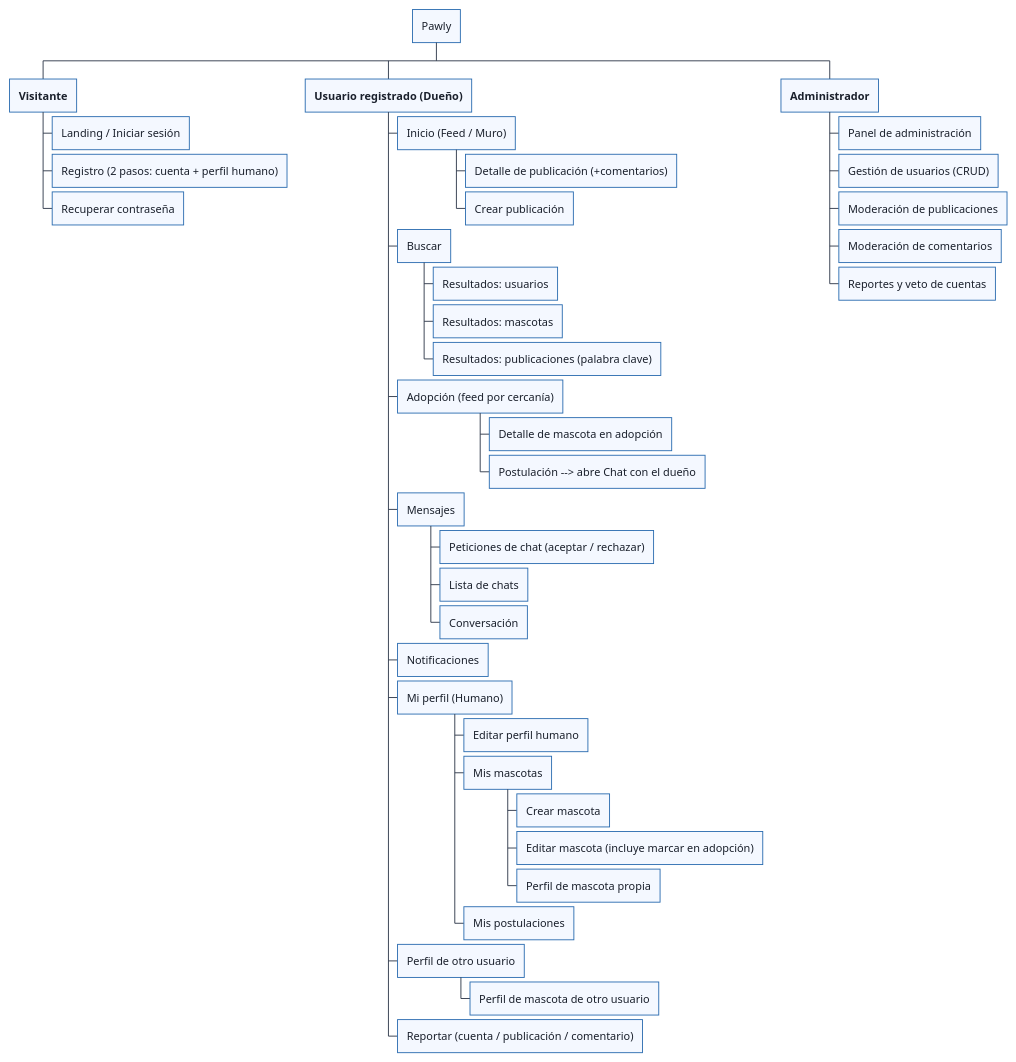
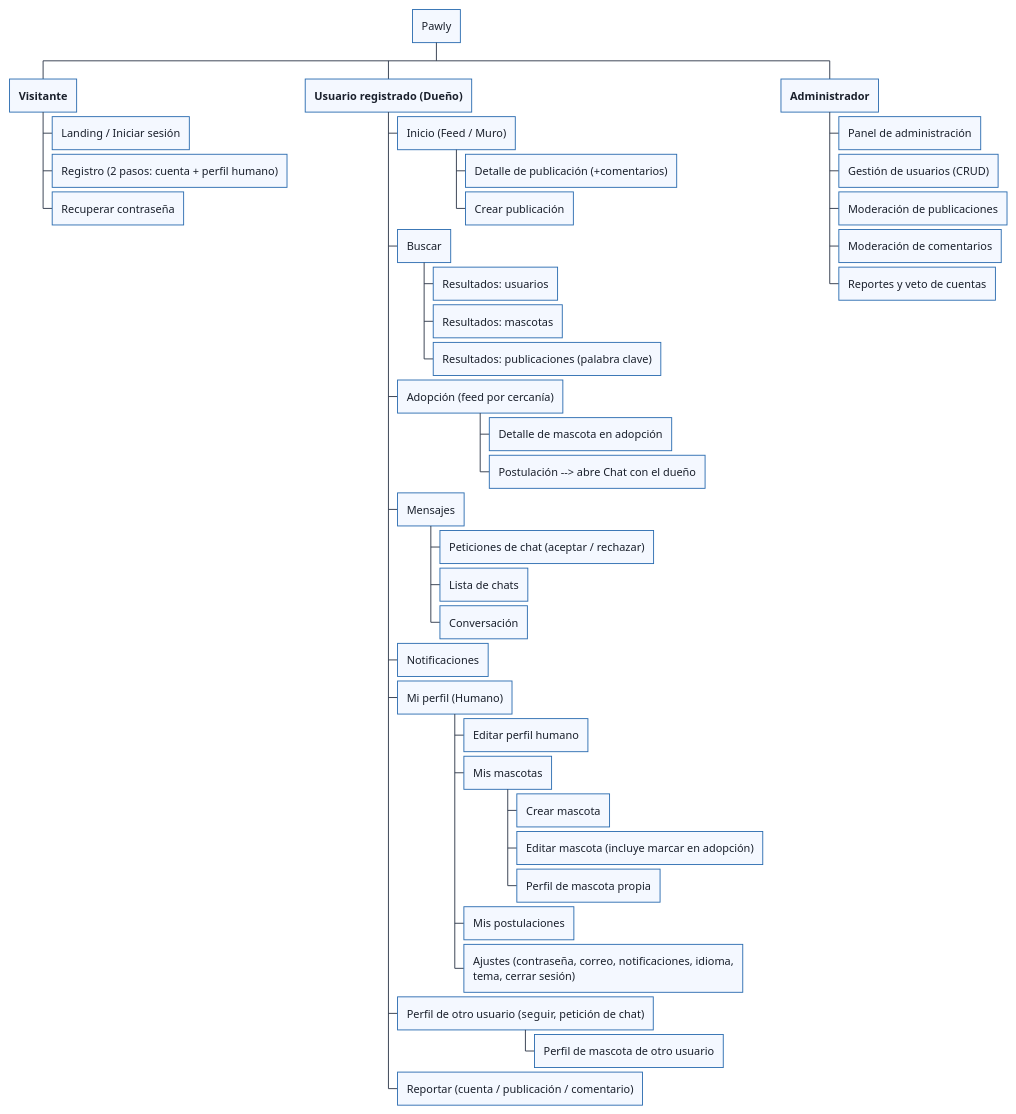
Before and after one commit to darvinh12/pawly-navegacion-wireframes: the diagram in mapa_navegacion.puml, drawn with PlantUML. The commit also changed 38 other files, not shown here.

```diff
--- a/mapa_navegacion.puml
+++ b/mapa_navegacion.puml
@@ -1,56 +1,57 @@
 @startwbs
 ' Mapa / árbol de navegación - Pawly (Red Social de Mascotas) - ATI 2026-1
 ' Funcionalidad núcleo elegida por el equipo: Adopciones
 !theme plain
 skinparam backgroundColor #FFFFFF
 skinparam ArrowColor #2D3748
 skinparam node {
   BackgroundColor #F4F8FF
   BorderColor #2B6CB0
   FontName Segoe UI
   FontSize 12
   FontColor #1A202C
 }
 
 * Pawly
 
 ** <b>Visitante</b>
 *** Landing / Iniciar sesión
 *** Registro (2 pasos: cuenta + perfil humano)
 *** Recuperar contraseña
 
 ** <b>Usuario registrado (Dueño)</b>
 *** Inicio (Feed / Muro)
 **** Detalle de publicación (+comentarios)
 **** Crear publicación
 *** Buscar
 **** Resultados: usuarios
 **** Resultados: mascotas
 **** Resultados: publicaciones (palabra clave)
 *** Adopción (feed por cercanía)
 **** Detalle de mascota en adopción
 **** Postulación --> abre Chat con el dueño
 *** Mensajes
 **** Peticiones de chat (aceptar / rechazar)
 **** Lista de chats
 **** Conversación
 *** Notificaciones
 *** Mi perfil (Humano)
 **** Editar perfil humano
 **** Mis mascotas
 ***** Crear mascota
 ***** Editar mascota (incluye marcar en adopción)
 ***** Perfil de mascota propia
 **** Mis postulaciones
-*** Perfil de otro usuario
+**** Ajustes (contraseña, correo, notificaciones, idioma, tema, cerrar sesión)
+*** Perfil de otro usuario (seguir, petición de chat)
 **** Perfil de mascota de otro usuario
 *** Reportar (cuenta / publicación / comentario)
 
 ** <b>Administrador</b>
 *** Panel de administración
 *** Gestión de usuarios (CRUD)
 *** Moderación de publicaciones
 *** Moderación de comentarios
 *** Reportes y veto de cuentas
 
 @endwbs
```
